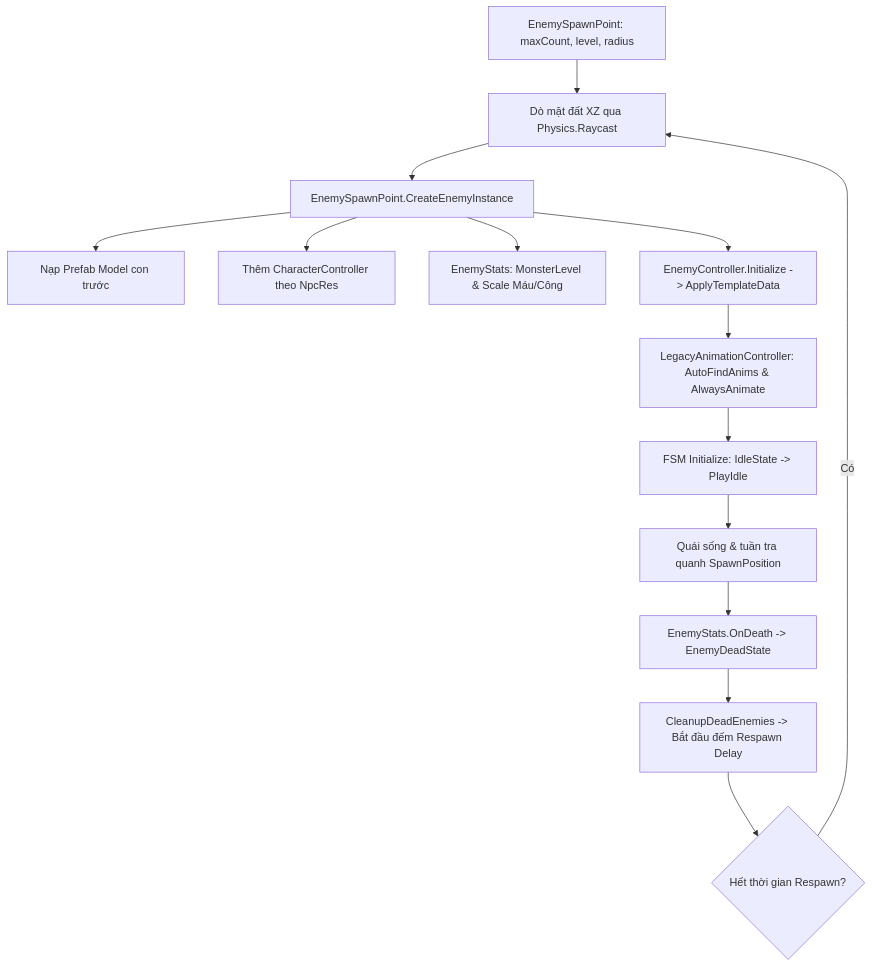
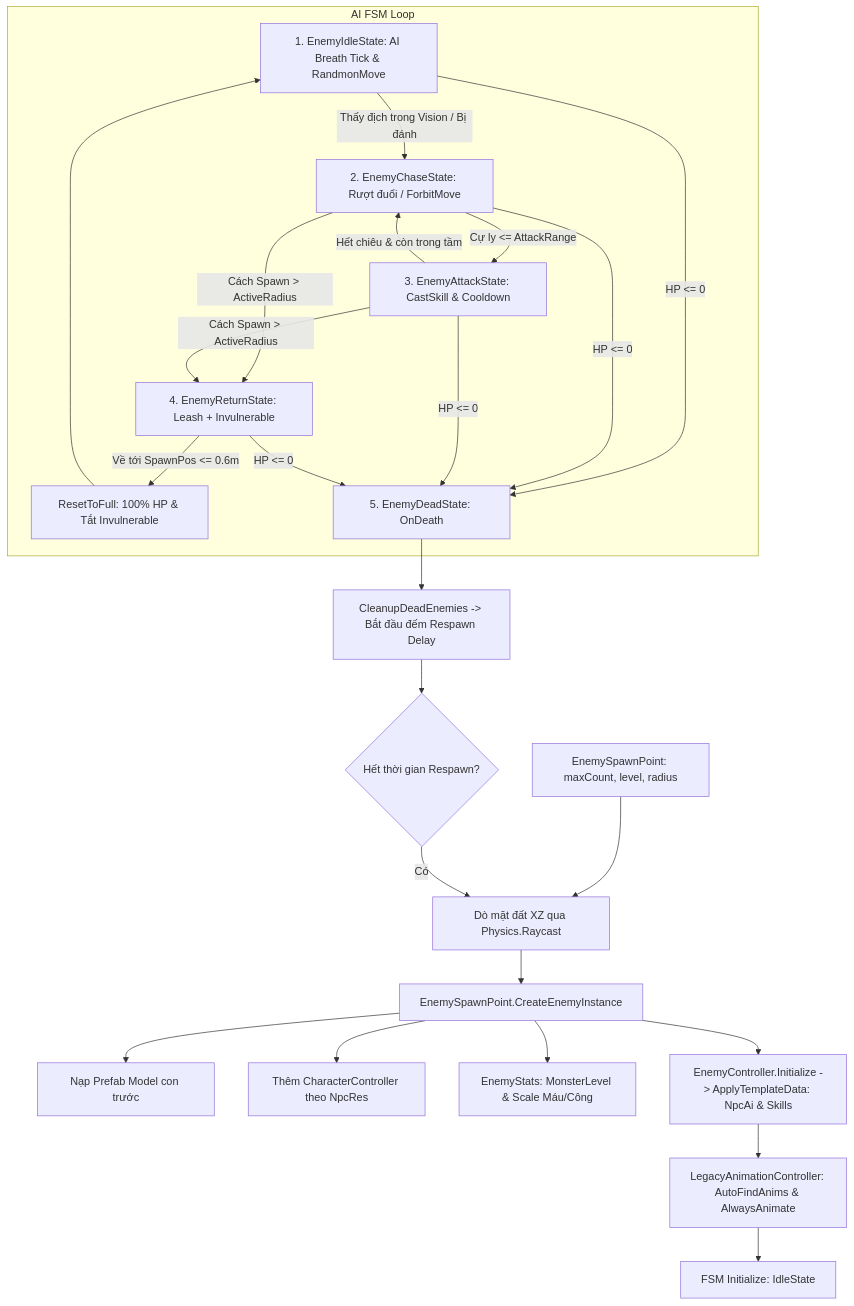
The second of 2 diagrams in Assets/AGENTS.md (zolcol/TuTienPC), drawn with Mermaid before and after one commit. The commit also changed other lines of this file and 2 other files, not shown here.

````diff
--- a/Assets/AGENTS.md
+++ b/Assets/AGENTS.md
@@ -201,16 +201,25 @@
 ```mermaid
 graph TD
     SpawnPoint[EnemySpawnPoint: maxCount, level, radius] --> Raycast[Dò mặt đất XZ qua Physics.Raycast]
     Raycast --> Create[EnemySpawnPoint.CreateEnemyInstance]
     Create --> Model[Nạp Prefab Model con trước]
     Create --> CC[Thêm CharacterController theo NpcRes]
     Create --> Stats[EnemyStats: MonsterLevel & Scale Máu/Công]
-    Create --> Ctrl[EnemyController.Initialize -> ApplyTemplateData]
+    Create --> Ctrl[EnemyController.Initialize -> ApplyTemplateData: NpcAi & Skills]
     Ctrl --> AnimInit[LegacyAnimationController: AutoFindAnims & AlwaysAnimate]
-    AnimInit --> StateInit[FSM Initialize: IdleState -> PlayIdle]
-    StateInit --> Live[Quái sống & tuần tra quanh SpawnPosition]
-    Live --> Death[EnemyStats.OnDeath -> EnemyDeadState]
+    AnimInit --> StateInit[FSM Initialize: IdleState]
+
+    subgraph AI FSM Loop
+        Idle[1. EnemyIdleState: AI Breath Tick & RandmonMove] -->|Thấy địch trong Vision / Bị đánh| Chase[2. EnemyChaseState: Rượt đuổi / ForbitMove]
+        Chase -->|Cự ly <= AttackRange| Attack[3. EnemyAttackState: CastSkill & Cooldown]
+        Attack -->|Hết chiêu & còn trong tầm| Chase
+        Chase & Attack -->|Cách Spawn > ActiveRadius| Return[4. EnemyReturnState: Leash + Invulnerable]
+        Return -->|Về tới SpawnPos <= 0.6m| Reset[ResetToFull: 100% HP & Tắt Invulnerable]
+        Reset --> Idle
+        Idle & Chase & Attack & Return -->|HP <= 0| Death[5. EnemyDeadState: OnDeath]
+    end
+
     Death --> Clean[CleanupDeadEnemies -> Bắt đầu đếm Respawn Delay]
     Clean --> RespawnTimer{Hết thời gian Respawn?}
     RespawnTimer -- Có --> Raycast
 ```
````
